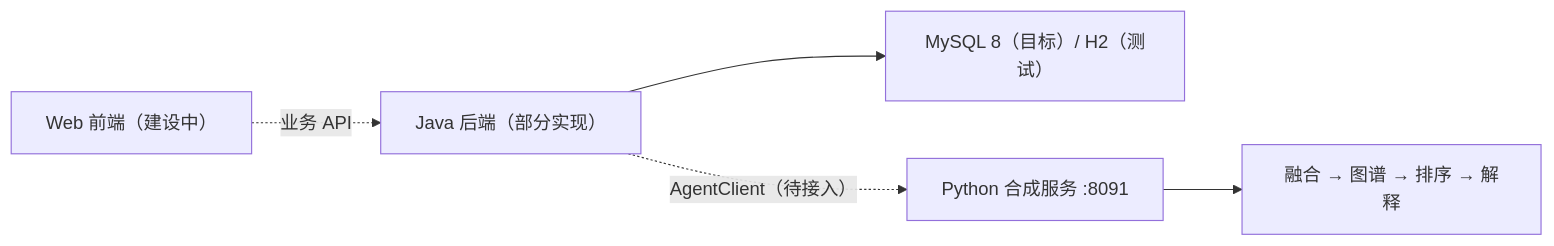
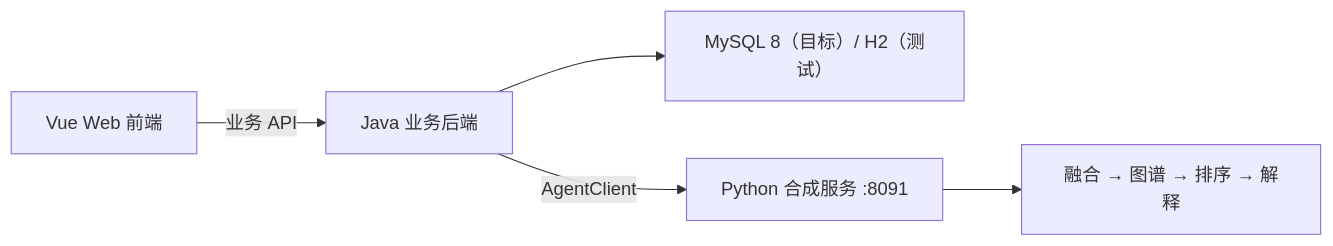
One commit to yanxiao07/AD-CausalRisk changed the diagram in README.md. Above: the diagram before and after it, drawn with Mermaid. The commit also changed other lines of this file and 3 other files, not shown here.

````diff
--- a/README.md
+++ b/README.md
@@ -141,7 +143,7 @@
 ```mermaid
 flowchart LR
-    Web["Web 前端（建设中）"] -. "业务 API" .-> Java["Java 后端（部分实现）"]
+    Web["Vue Web 前端"] -->|业务 API| Java["Java 业务后端"]
     Java --> DB["MySQL 8（目标）/ H2（测试）"]
-    Java -. "AgentClient（待接入）" .-> Python["Python 合成服务 :8091"]
+    Java -->|AgentClient| Python["Python 合成服务 :8091"]
     Python --> Workflow["融合 → 图谱 → 排序 → 解释"]
 ```
````
